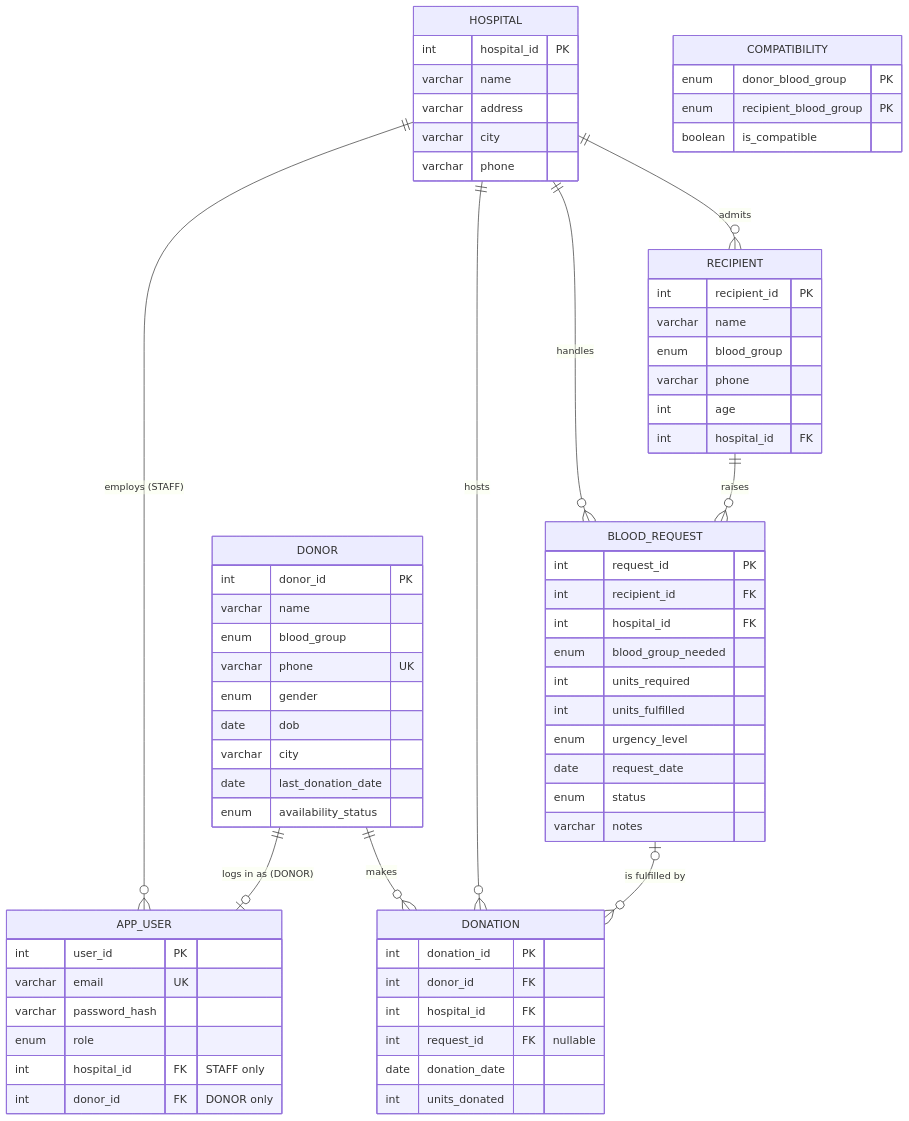
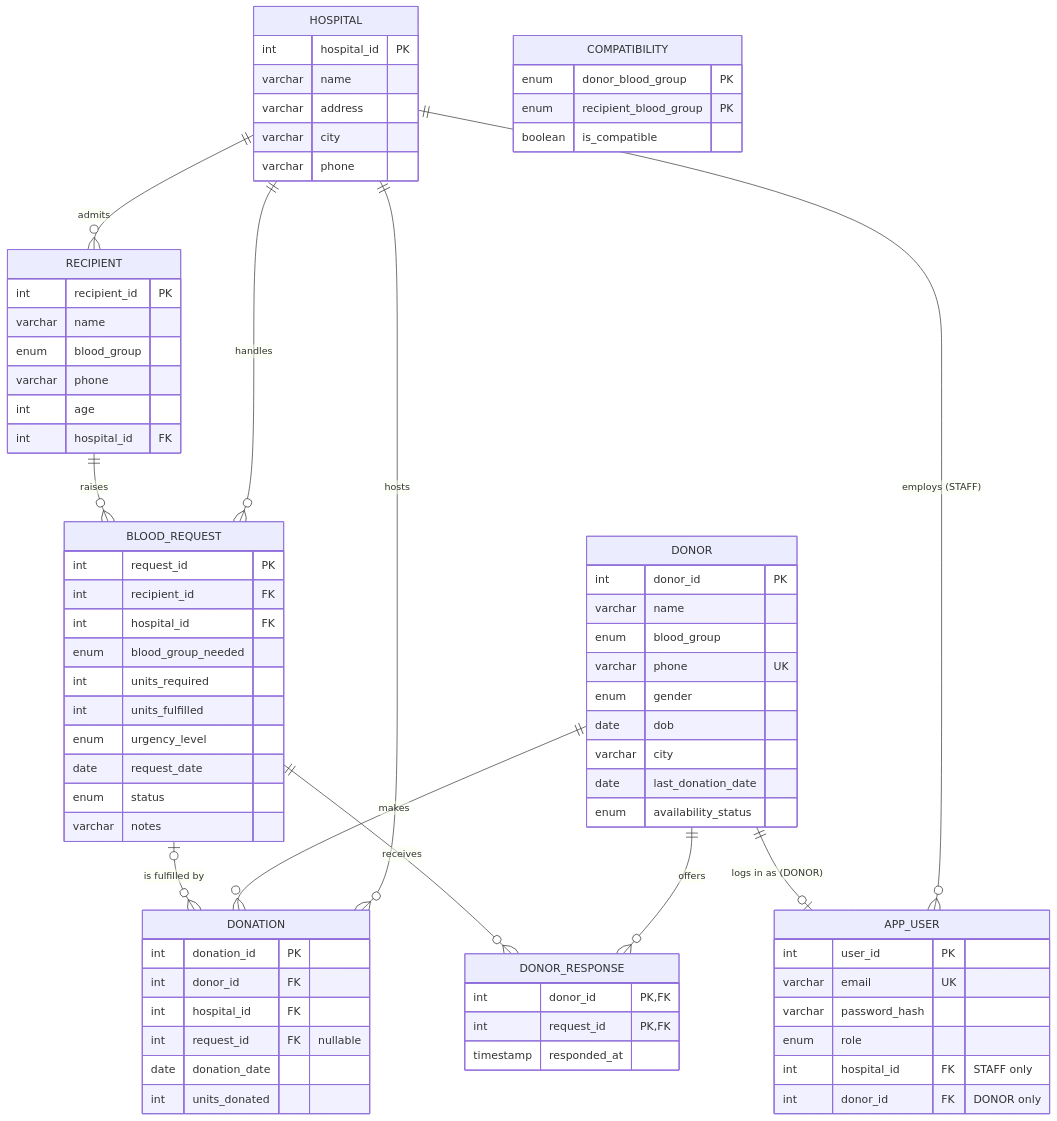
One commit to AdityaCSanikop/blood-donation-matcher changed the diagram in docs/DATABASE.md. Above: the diagram before and after it, drawn with Mermaid. The commit also changed other lines of this file and 65 other files, not shown here.

First line of the commit message:
Add Part 3: frontend, donor offers, browser tests and documentation

````diff
--- a/docs/DATABASE.md
+++ b/docs/DATABASE.md
@@ -28,71 +28,78 @@
 ```mermaid
 erDiagram
     HOSPITAL ||--o{ RECIPIENT      : "admits"
     HOSPITAL ||--o{ BLOOD_REQUEST  : "handles"
     HOSPITAL ||--o{ DONATION       : "hosts"
     HOSPITAL ||--o{ APP_USER       : "employs (STAFF)"
     RECIPIENT ||--o{ BLOOD_REQUEST : "raises"
     DONOR ||--o{ DONATION          : "makes"
     DONOR ||--o| APP_USER          : "logs in as (DONOR)"
     BLOOD_REQUEST |o--o{ DONATION  : "is fulfilled by"
+    DONOR ||--o{ DONOR_RESPONSE    : "offers"
+    BLOOD_REQUEST ||--o{ DONOR_RESPONSE : "receives"
 
     HOSPITAL {
         int hospital_id PK
         varchar name
         varchar address
         varchar city
         varchar phone
     }
     DONOR {
         int donor_id PK
         varchar name
         enum blood_group
         varchar phone UK
         enum gender
         date dob
         varchar city
         date last_donation_date
         enum availability_status
     }
     RECIPIENT {
         int recipient_id PK
         varchar name
         enum blood_group
         varchar phone
         int age
         int hospital_id FK
     }
     BLOOD_REQUEST {
         int request_id PK
         int recipient_id FK
         int hospital_id FK
         enum blood_group_needed
         int units_required
         int units_fulfilled
         enum urgency_level
         date request_date
         enum status
         varchar notes
     }
     DONATION {
         int donation_id PK
         int donor_id FK
         int hospital_id FK
         int request_id FK "nullable"
         date donation_date
         int units_donated
     }
     COMPATIBILITY {
         enum donor_blood_group PK
         enum recipient_blood_group PK
         boolean is_compatible
     }
     APP_USER {
         int user_id PK
         varchar email UK
         varchar password_hash
         enum role
         int hospital_id FK "STAFF only"
         int donor_id FK "DONOR only"
     }
+    DONOR_RESPONSE {
+        int donor_id PK,FK
+        int request_id PK,FK
+        timestamp responded_at
+    }
 ```
````
